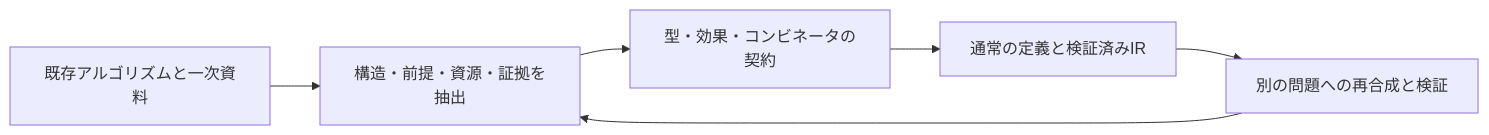
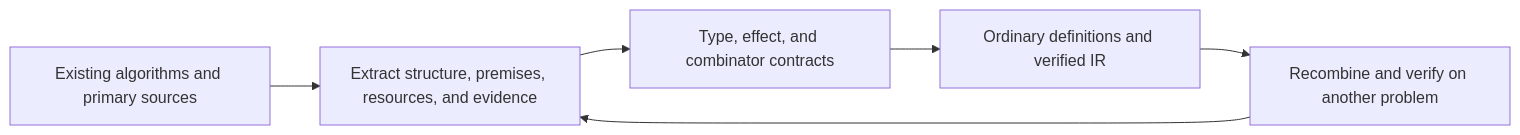
One commit to MGYamada/Qleisli changed the diagram in docs/algorithm-structure-goal.md. Above: the diagram before and after it, drawn with Mermaid. The commit also changed other lines of this file and 35 other files, not shown here.

````diff
--- a/docs/algorithm-structure-goal.md
+++ b/docs/algorithm-structure-goal.md
@@ -38,8 +111,8 @@
 ```mermaid
 flowchart LR
-    A[既存アルゴリズムと一次資料] --> B[構造・前提・資源・証拠を抽出]
-    B --> C[型・効果・コンビネータの契約]
-    C --> D[通常の定義と検証済みIR]
-    D --> E[別の問題への再合成と検証]
+    A[Existing algorithms and primary sources] --> B[Extract structure, premises, resources, and evidence]
+    B --> C[Type, effect, and combinator contracts]
+    C --> D[Ordinary definitions and verified IR]
+    D --> E[Recombine and verify on another problem]
     E --> B
 ```
````
